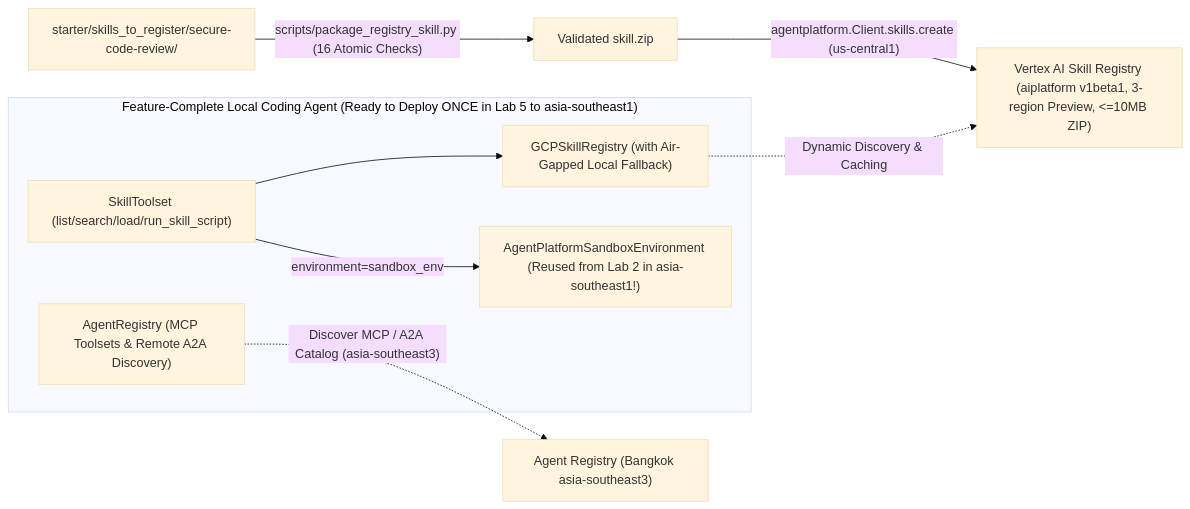
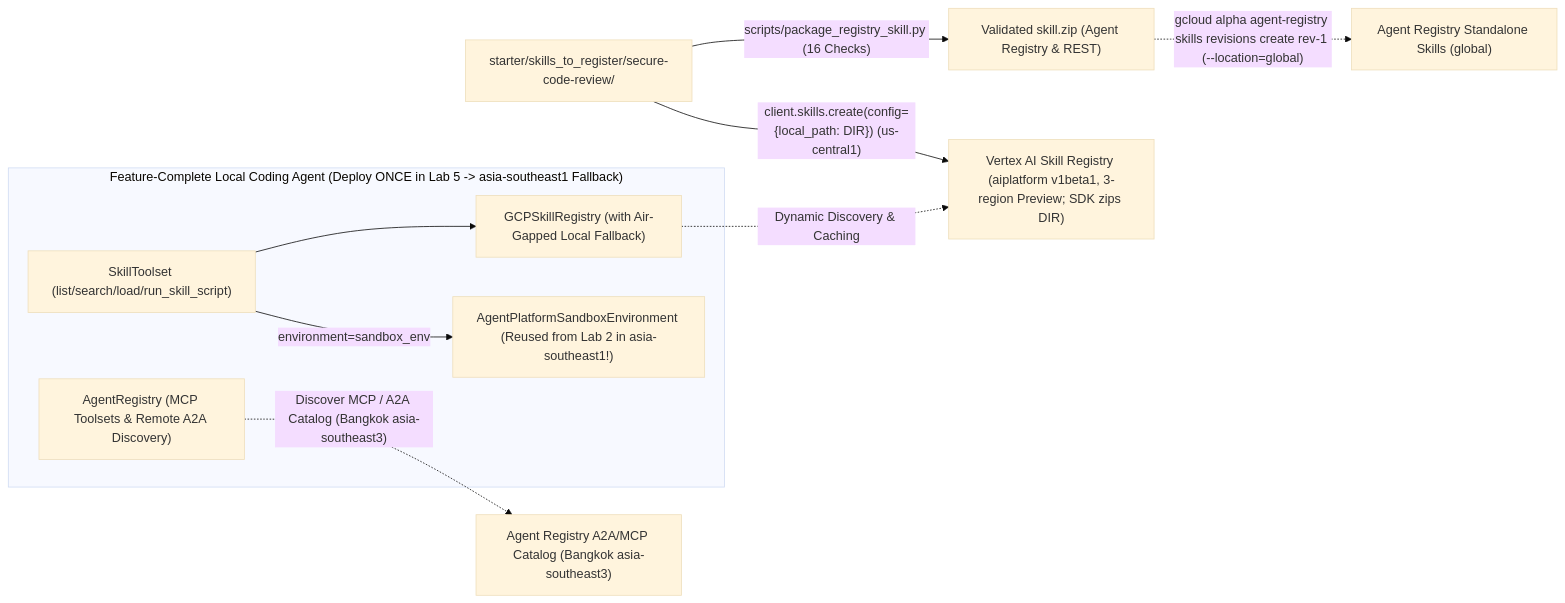
Before and after one commit to jiratouchmhp/coding-agent-workshop: the diagram in workshop/04-LAB-SKILLS-AND-AGENT-REGISTRY.md, drawn with Mermaid (base theme). The commit also changed other lines of this file and 70 other files, not shown here.

Commit message:
Live GCP Bangkok-first E2E attendee validation: fix 19 real SDK/CLI/Terraform/FastAPI/Monitoring/docs bugs and verify zero-leak teardown

````diff
--- a/workshop/04-LAB-SKILLS-AND-AGENT-REGISTRY.md
+++ b/workshop/04-LAB-SKILLS-AND-AGENT-REGISTRY.md
@@ -47,18 +47,18 @@
 ```mermaid
 flowchart LR
-    SkillDir["starter/skills_to_register/secure-code-review/"] -->|"scripts/package_registry_skill.py (16 Atomic Checks)"| Zip["Validated skill.zip"]
+    SkillDir["starter/skills_to_register/secure-code-review/"] -->|"scripts/package_registry_skill.py (16 Checks)"| Zip["Validated skill.zip (Agent Registry & REST)"]
+    SkillDir -->|"client.skills.create(config={local_path: DIR}) (us-central1)"| SkillReg["Vertex AI Skill Registry (aiplatform v1beta1, 3-region Preview; SDK zips DIR)"]
+    Zip -.->|"gcloud alpha agent-registry skills revisions create rev-1 (--location=global)"| StandaloneReg["Agent Registry Standalone Skills (global)"]
 
-    Zip -->|"agentplatform.Client.skills.create (us-central1)"| SkillReg["Vertex AI Skill Registry (aiplatform v1beta1, 3-region Preview, <=10MB ZIP)"]
-
-    subgraph Runtime["Feature-Complete Local Coding Agent (Ready to Deploy ONCE in Lab 5 to asia-southeast1)"]
+    subgraph Runtime["Feature-Complete Local Coding Agent (Deploy ONCE in Lab 5 -> asia-southeast1 Fallback)"]
         Toolset["SkillToolset (list/search/load/run_skill_script)"]
         ADKSkillReg["GCPSkillRegistry (with Air-Gapped Local Fallback)"]
         SandboxEnv["AgentPlatformSandboxEnvironment (Reused from Lab 2 in asia-southeast1!)"]
         ADKAgentReg["AgentRegistry (MCP Toolsets & Remote A2A Discovery)"]
         Toolset --> ADKSkillReg
         Toolset -->|"environment=sandbox_env"| SandboxEnv
     end
 
     ADKSkillReg -.->|"Dynamic Discovery & Caching"| SkillReg
-    ADKAgentReg -.->|"Discover MCP / A2A Catalog (asia-southeast3)"| AgentReg["Agent Registry (Bangkok asia-southeast3)"]
+    ADKAgentReg -.->|"Discover MCP / A2A Catalog (Bangkok asia-southeast3)"| AgentReg["Agent Registry A2A/MCP Catalog (Bangkok asia-southeast3)"]
 ```
````
